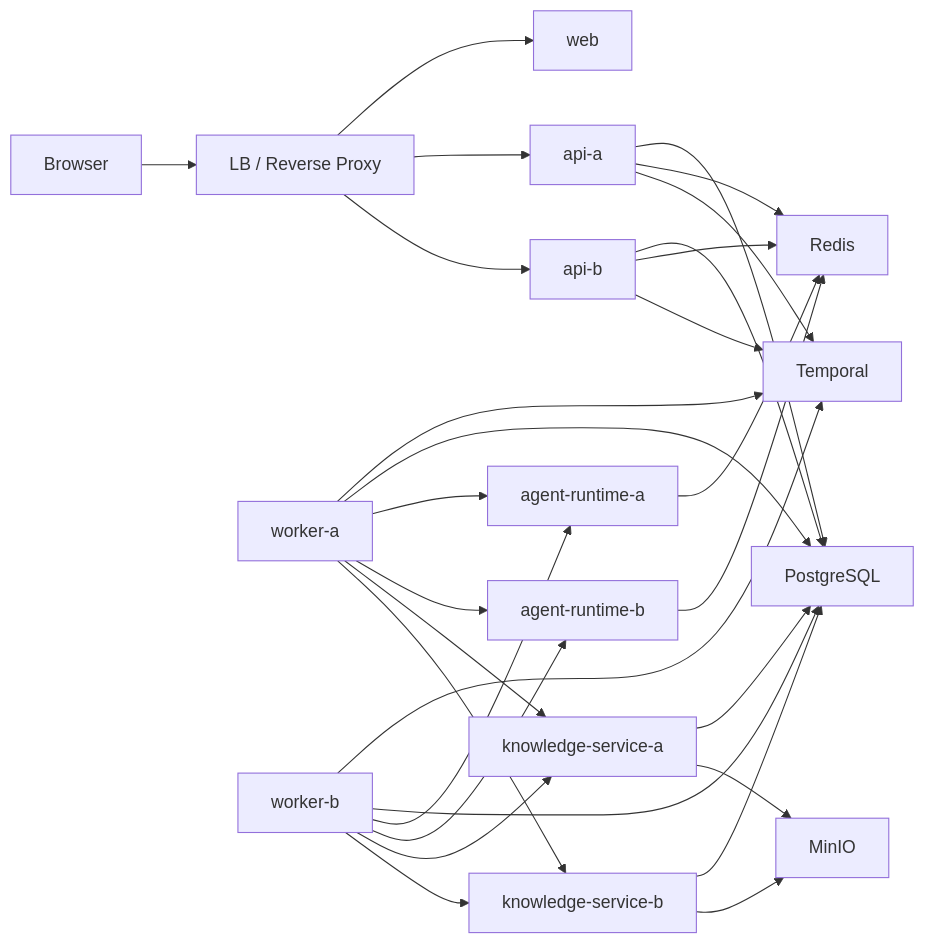
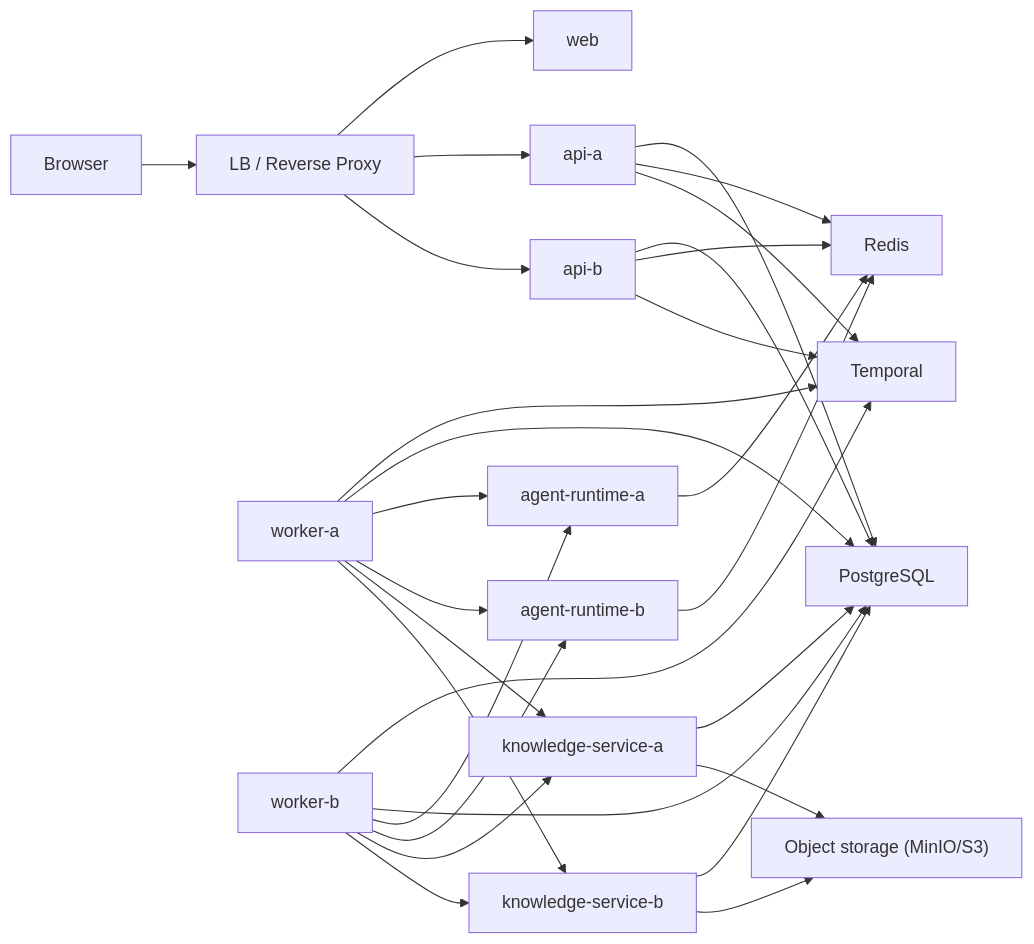
One commit to Agent-Yard/agentyard changed the diagram in docs/todo/multi_instance_plan.md. Above: the diagram before and after it, drawn with Mermaid. The commit also changed other lines of this file and 16 other files, not shown here.

Commit message:
refactor object storage configuration

````diff
--- a/docs/todo/multi_instance_plan.md
+++ b/docs/todo/multi_instance_plan.md
@@ -213,47 +213,47 @@
 ```mermaid
 flowchart LR
     Browser["Browser"]
     LB["LB / Reverse Proxy"]
     Web["web"]
     APIA["api-a"]
     APIB["api-b"]
     WorkerA["worker-a"]
     WorkerB["worker-b"]
     RuntimeA["agent-runtime-a"]
     RuntimeB["agent-runtime-b"]
     KsA["knowledge-service-a"]
     KsB["knowledge-service-b"]
     PG["PostgreSQL"]
     Redis["Redis"]
     Temporal["Temporal"]
-    MinIO["MinIO"]
+    ObjectStorage["Object storage (MinIO/S3)"]
 
     Browser --> LB
     LB --> Web
     LB --> APIA
     LB --> APIB
     APIA --> PG
     APIB --> PG
     APIA --> Redis
     APIB --> Redis
     APIA --> Temporal
     APIB --> Temporal
     WorkerA --> Temporal
     WorkerB --> Temporal
     WorkerA --> PG
     WorkerB --> PG
     WorkerA --> RuntimeA
     WorkerA --> RuntimeB
     WorkerB --> RuntimeA
     WorkerB --> RuntimeB
     WorkerA --> KsA
     WorkerA --> KsB
     WorkerB --> KsA
     WorkerB --> KsB
     RuntimeA --> Redis
     RuntimeB --> Redis
     KsA --> PG
     KsB --> PG
-    KsA --> MinIO
-    KsB --> MinIO
+    KsA --> ObjectStorage
+    KsB --> ObjectStorage
 ```
````
